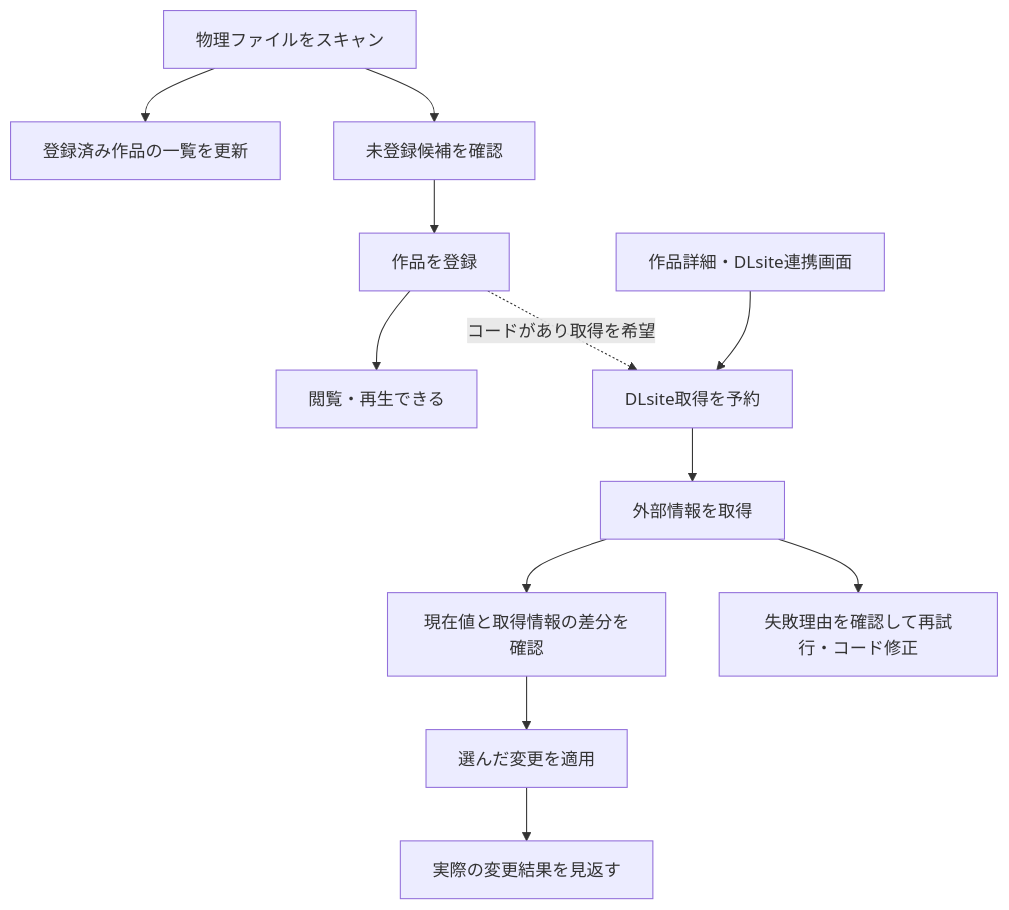
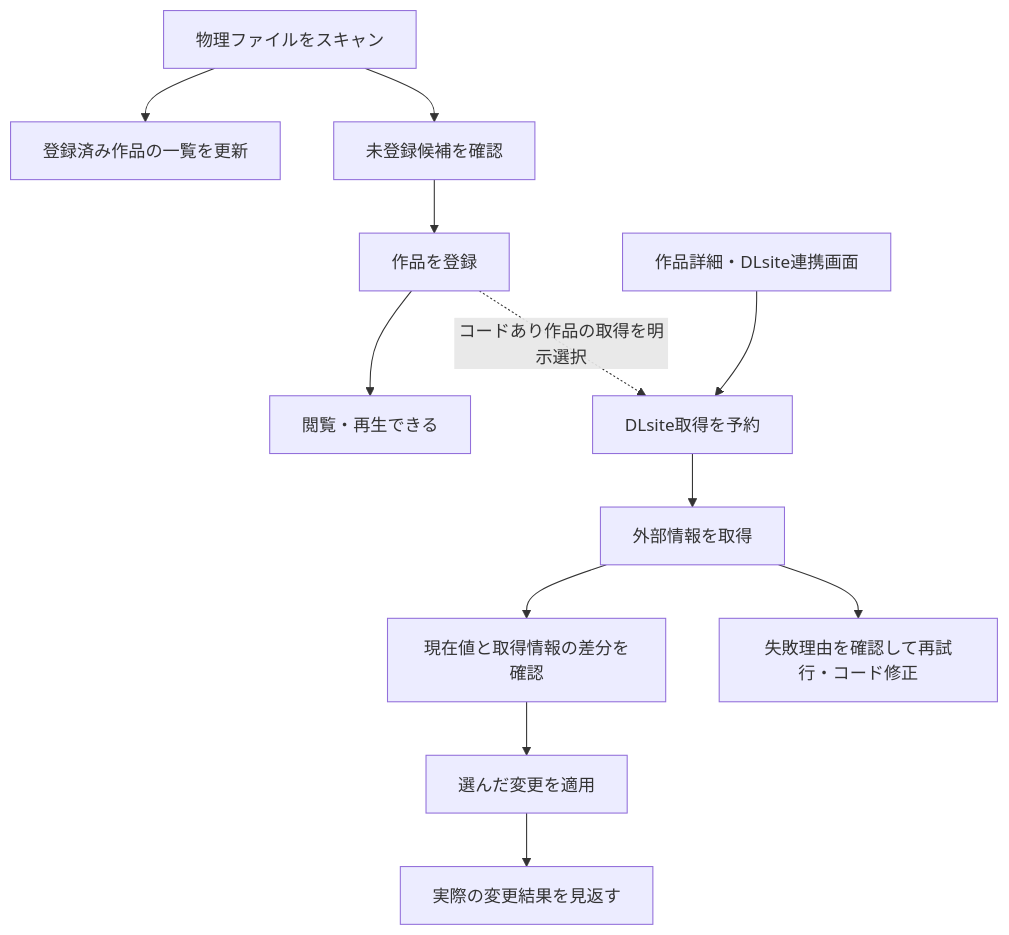
The diagram in docs/dlsite-flow-review-2026-09-21.md (kishimotonico/mimimilli), drawn with Mermaid before and after one commit. The commit also changed other lines of this file and 8 other files, not shown here.

````diff
--- a/docs/dlsite-flow-review-2026-09-21.md
+++ b/docs/dlsite-flow-review-2026-09-21.md
@@ -83,14 +107,14 @@
 ```mermaid
 flowchart TD
   S[物理ファイルをスキャン] --> E[登録済み作品の一覧を更新]
   S --> C[未登録候補を確認]
   C --> R[作品を登録]
   R --> P[閲覧・再生できる]
-  R -. コードがあり取得を希望 .-> Q[DLsite取得を予約]
+  R -. コードあり作品の取得を明示選択 .-> Q[DLsite取得を予約]
   W[作品詳細・DLsite連携画面] --> Q
   Q --> F[外部情報を取得]
   F --> V[現在値と取得情報の差分を確認]
   V --> A[選んだ変更を適用]
   A --> O[実際の変更結果を見返す]
   F --> X[失敗理由を確認して再試行・コード修正]
 ```
````
